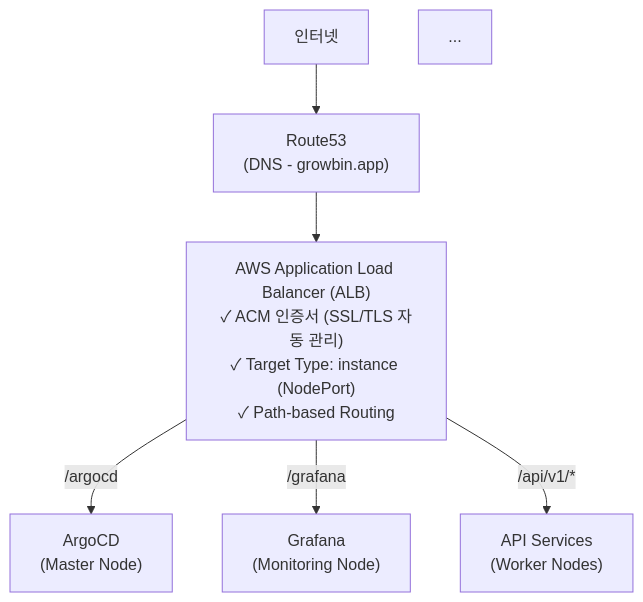
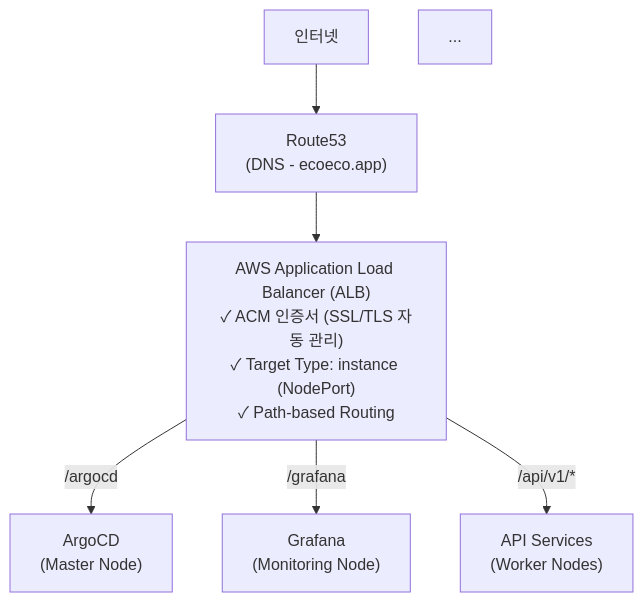
The second of 2 diagrams in PULL_REQUEST_MERMAID_CONVERSION.md (SeSACTHON/backend), drawn with Mermaid before and after one commit. The commit also changed other lines of this file and 108 other files, not shown here.

First line of the commit message:
refactor: Rename project from growbin to ecoeco

````diff
--- a/PULL_REQUEST_MERMAID_CONVERSION.md
+++ b/PULL_REQUEST_MERMAID_CONVERSION.md
@@ -316,10 +316,10 @@
 ```mermaid
 graph TD
-    Internet["인터넷"] --> Route53["Route53<br/>(DNS - growbin.app)"]
+    Internet["인터넷"] --> Route53["Route53<br/>(DNS - ecoeco.app)"]
     Route53 --> ALB["AWS Application Load Balancer (ALB)<br/>✓ ACM 인증서 (SSL/TLS 자동 관리)<br/>✓ Target Type: instance (NodePort)<br/>✓ Path-based Routing"]
     
     ALB -->|"/argocd"| ArgoCD["ArgoCD<br/>(Master Node)"]
     ALB -->|"/grafana"| Grafana["Grafana<br/>(Monitoring Node)"]
     ALB -->|"/api/v1/*"| API["API Services<br/>(Worker Nodes)"]
     ...
 ```
````
